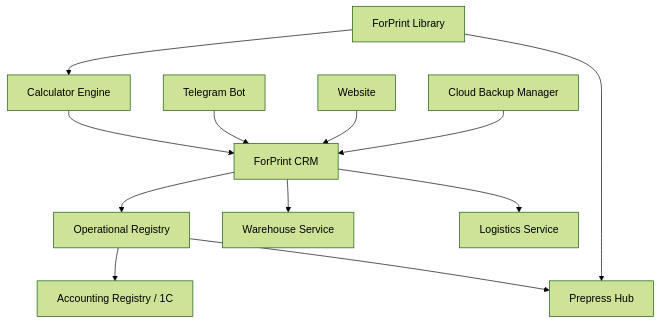
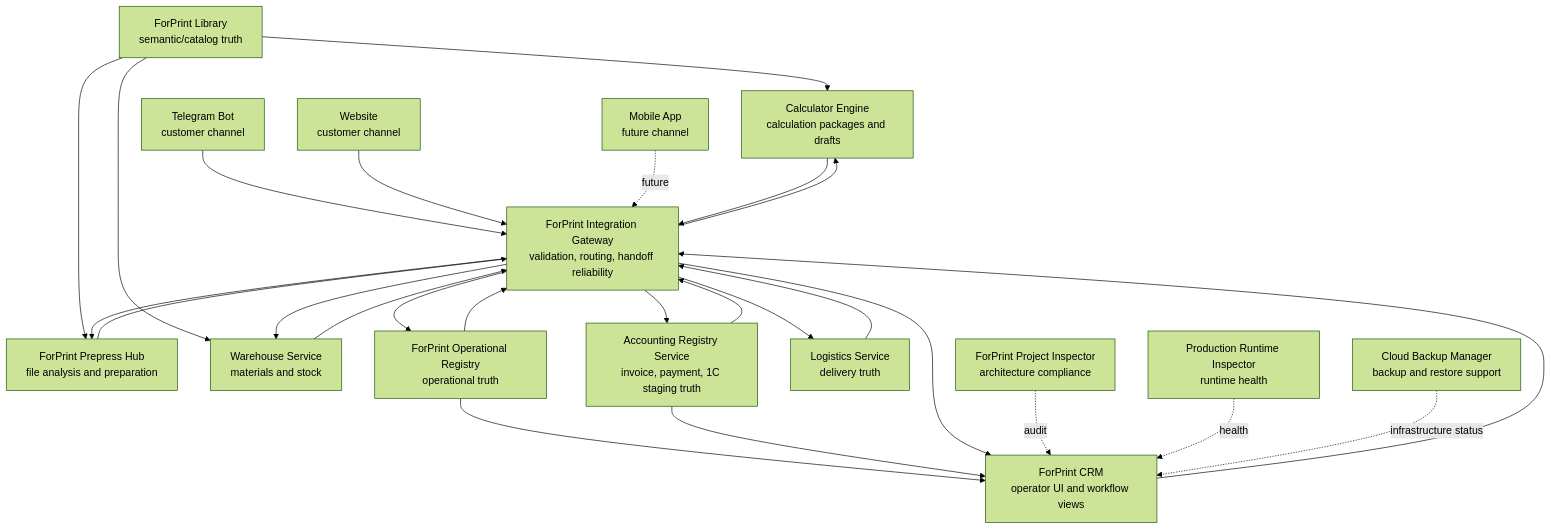
One commit to Kovalchuk-PrintMaster/Forprint_System_Blueprint changed the diagram in diagrams/data_flow.mmd. Above: the diagram before and after it, drawn with Mermaid (forest theme). The commit also changed 2 other files, not shown here.

Commit message:
Refresh manual Blueprint diagrams

```diff
--- a/diagrams/data_flow.mmd
+++ b/diagrams/data_flow.mmd
@@ -1,12 +1,36 @@
 graph TD
-    Library[ForPrint Library] --> Calculator[Calculator Engine]
-    Library --> Prepress[Prepress Hub]
-    Calculator --> CRM[ForPrint CRM]
-    Telegram[Telegram Bot] --> CRM
-    Website[Website] --> CRM
-    CRM --> OperationalRegistry[Operational Registry]
-    OperationalRegistry --> Accounting[Accounting Registry / 1C]
-    OperationalRegistry --> Prepress
-    CRM --> Warehouse[Warehouse Service]
-    CRM --> Logistics[Logistics Service]
-    Backup[Cloud Backup Manager] --> CRM
+    Library[ForPrint Library<br/>semantic/catalog truth] --> Calculator[Calculator Engine<br/>calculation packages and drafts]
+    Library --> Prepress[ForPrint Prepress Hub<br/>file analysis and preparation]
+    Library --> Warehouse[Warehouse Service<br/>materials and stock]
+
+    Telegram[Telegram Bot<br/>customer channel] --> Gateway[ForPrint Integration Gateway<br/>validation, routing, handoff reliability]
+    Website[Website<br/>customer channel] --> Gateway
+    Mobile[Mobile App<br/>future channel] -. future .-> Gateway
+
+    CRM[ForPrint CRM<br/>operator UI and workflow views] --> Gateway
+
+    Gateway --> Calculator
+    Calculator --> Gateway
+
+    Gateway --> OperationalRegistry[ForPrint Operational Registry<br/>operational truth]
+    OperationalRegistry --> Gateway
+
+    Gateway --> Accounting[Accounting Registry Service<br/>invoice, payment, 1C staging truth]
+    Accounting --> Gateway
+
+    Gateway --> Prepress
+    Prepress --> Gateway
+
+    Gateway --> Warehouse
+    Warehouse --> Gateway
+
+    Gateway --> Logistics[Logistics Service<br/>delivery truth]
+    Logistics --> Gateway
+
+    OperationalRegistry --> CRM
+    Accounting --> CRM
+    Gateway --> CRM
+
+    ProjectInspector[ForPrint Project Inspector<br/>architecture compliance] -. audit .-> CRM
+    RuntimeInspector[Production Runtime Inspector<br/>runtime health] -. health .-> CRM
+    Backup[Cloud Backup Manager<br/>backup and restore support] -. infrastructure status .-> CRM
```
